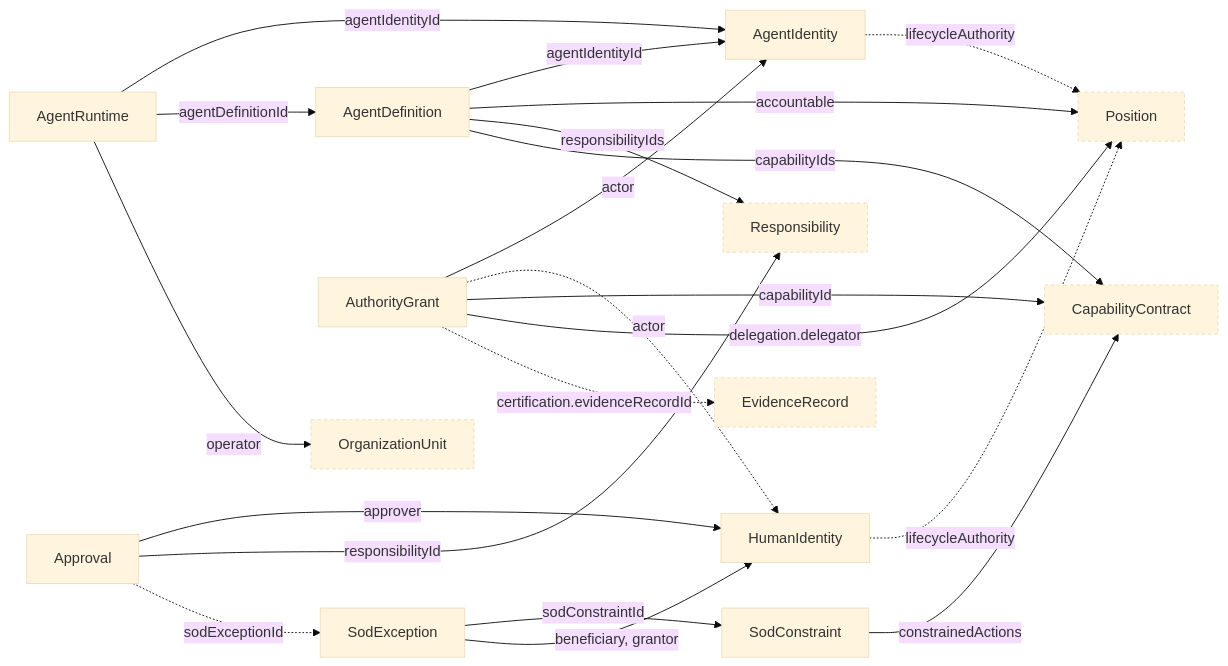
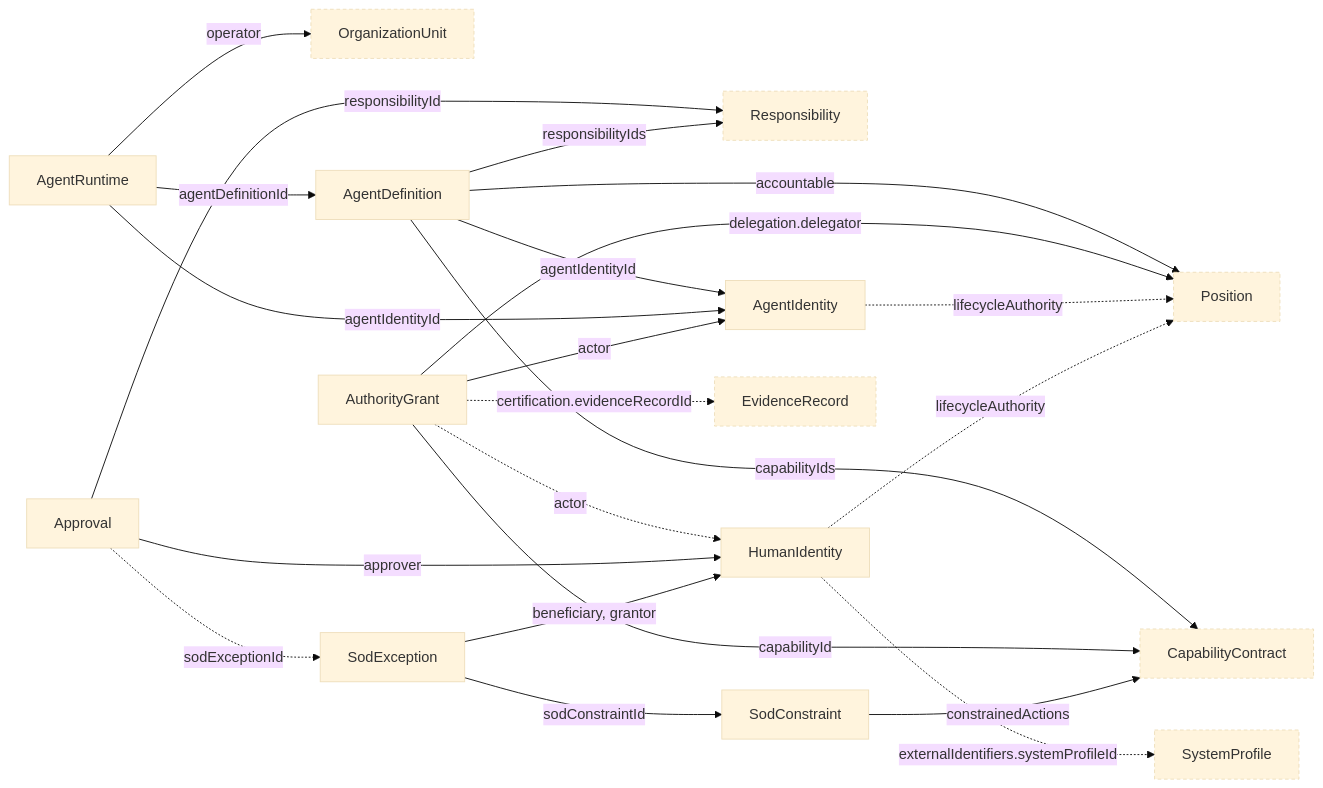
One commit to nauticana/charter changed the diagram in schema/agent/README.md. Above: the diagram before and after it, drawn with Mermaid (base theme). The commit also changed other lines of this file and 89 other files, not shown here.

Commit message:
Structured evidence items, external identifiers, measurements, and JSON-LD interchange

````diff
--- a/schema/agent/README.md
+++ b/schema/agent/README.md
@@ -9,26 +9,27 @@
 ```mermaid
 flowchart LR
+    AgentRuntime -->|operator| OrganizationUnit
+    Approval -->|responsibilityId| Responsibility
+    AgentDefinition -->|responsibilityIds| Responsibility
     AgentDefinition -->|agentIdentityId| AgentIdentity
     AgentDefinition -->|accountable| Position
-    AgentDefinition -->|responsibilityIds| Responsibility
     AgentDefinition -->|capabilityIds| CapabilityContract
     AgentRuntime -->|agentIdentityId| AgentIdentity
     AgentRuntime -->|agentDefinitionId| AgentDefinition
-    AgentRuntime -->|operator| OrganizationUnit
+    AuthorityGrant -->|delegation.delegator| Position
     AuthorityGrant -->|actor| AgentIdentity
     AuthorityGrant -.->|actor| HumanIdentity
     AuthorityGrant -->|capabilityId| CapabilityContract
-    AuthorityGrant -->|delegation.delegator| Position
     Approval -->|approver| HumanIdentity
-    Approval -->|responsibilityId| Responsibility
     SodConstraint -->|constrainedActions| CapabilityContract
     SodException -->|sodConstraintId| SodConstraint
     SodException -->|beneficiary, grantor| HumanIdentity
     Approval -.->|sodExceptionId| SodException
     AuthorityGrant -.->|certification.evidenceRecordId| EvidenceRecord
+    AgentIdentity -.->|lifecycleAuthority| Position
     HumanIdentity -.->|lifecycleAuthority| Position
-    AgentIdentity -.->|lifecycleAuthority| Position
+    HumanIdentity -.->|externalIdentifiers.systemProfileId| SystemProfile
 
     classDef ext stroke-dasharray: 4 3
-    class Position,Responsibility,OrganizationUnit,CapabilityContract,EvidenceRecord ext
+    class Position,Responsibility,OrganizationUnit,CapabilityContract,EvidenceRecord,SystemProfile ext
 ```
````
